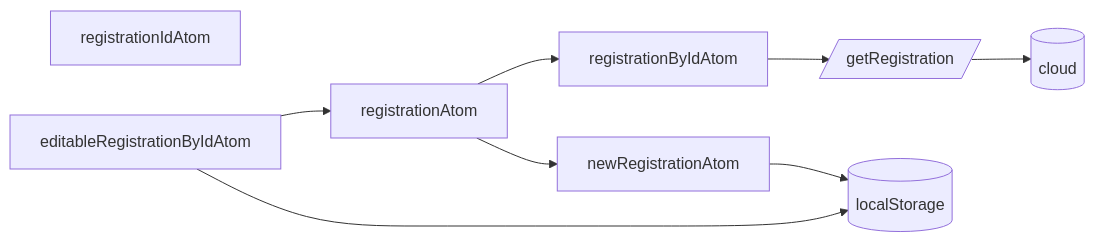
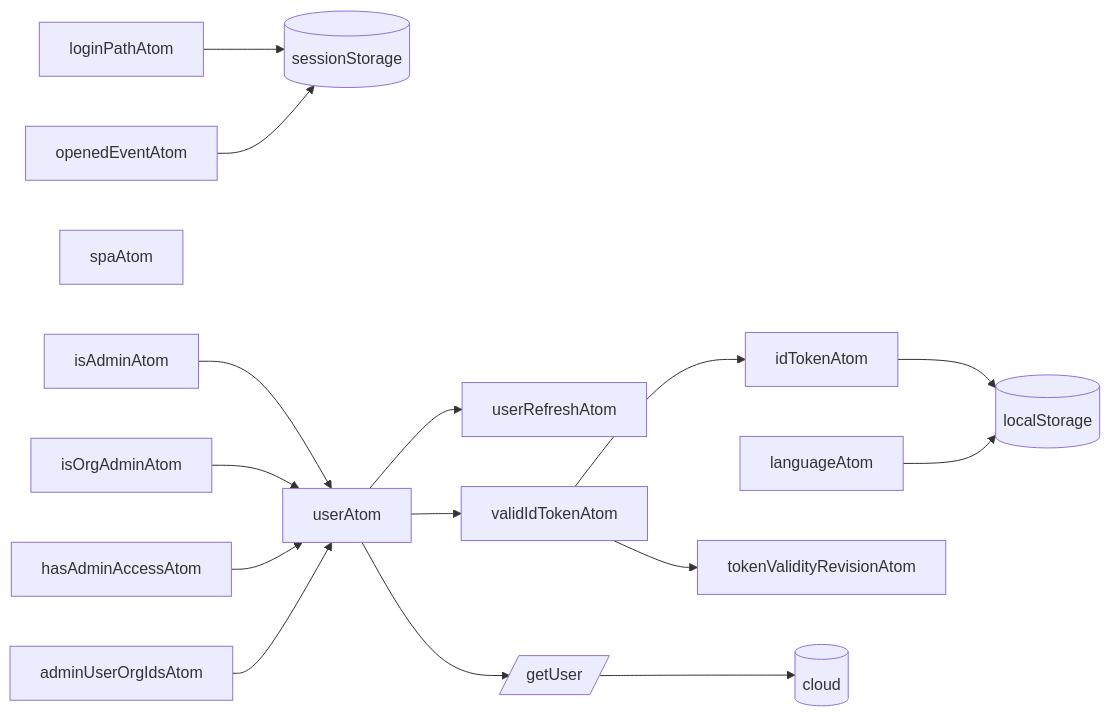
Before and after one commit to koekalenteri/koekalenteri: the seventh of 7 diagrams in src/pages/state/README.md, drawn with Mermaid. The commit also changed other lines of this file and 1 other file, not shown here.

First line of the commit message:
docs(state): document every state atom in the state READMEs

````diff
--- a/src/pages/state/README.md
+++ b/src/pages/state/README.md
@@ -70,15 +126,27 @@
 ```mermaid
-flowchart LR
-  registrationIdAtom
-  registrationByIdAtom-->getRegistration
-  newRegistrationAtom-->localStorage
-  editableRegistrationByIdAtom-->localStorage
-  editableRegistrationByIdAtom-->registrationAtom
+graph LR
+  idTokenAtom-->localStorage
+  languageAtom-->localStorage
+  loginPathAtom-->sessionStorage
+  openedEventAtom-->sessionStorage
+  tokenValidityRevisionAtom
+  userRefreshAtom
+  spaAtom
 
   localStorage[(localStorage)]
+  sessionStorage[(sessionStorage)]
 
-  registrationAtom-->newRegistrationAtom
-  registrationAtom-->registrationByIdAtom
+  validIdTokenAtom-->tokenValidityRevisionAtom
+  validIdTokenAtom-->idTokenAtom
 
-  getRegistration[/getRegistration/]-->aws[(cloud)]
+  userAtom-->validIdTokenAtom
+  userAtom-->userRefreshAtom
+  userAtom-->getUser[/getUser/]-->aws
+
+  isAdminAtom-->userAtom
+  isOrgAdminAtom-->userAtom
+  hasAdminAccessAtom-->userAtom
+  adminUserOrgIdsAtom-->userAtom
+
+  aws[(cloud)]
 ```
````
